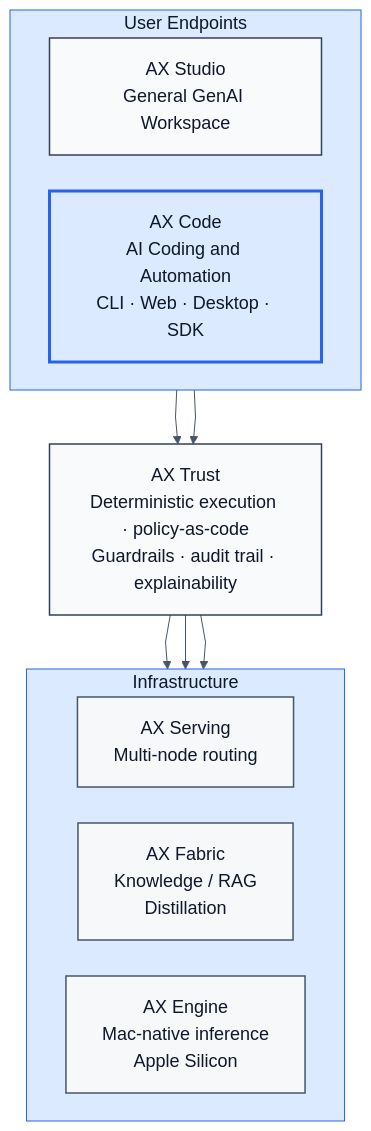
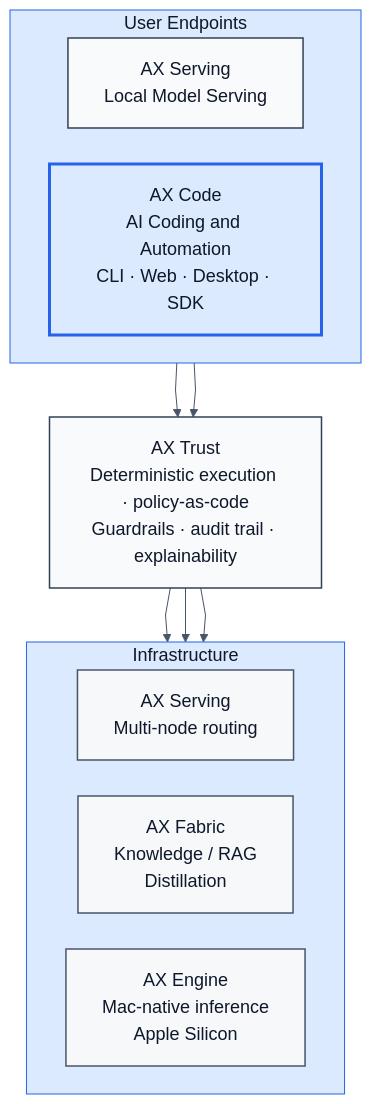
The diagram in docs/automatosx-stack.mmd (defai-digital/ax-code), drawn with Mermaid before and after one commit. The commit also changed 8 other files, not shown here.

```diff
--- a/docs/automatosx-stack.mmd
+++ b/docs/automatosx-stack.mmd
@@ -1,55 +1,55 @@
 %%{init: {
   "theme": "base",
   "themeVariables": {
     "background": "#ffffff",
     "primaryColor": "#f6f8fa",
     "primaryTextColor": "#0f172a",
     "primaryBorderColor": "#0f172a",
     "lineColor": "#475569",
     "secondaryColor": "#e2e8f0",
     "secondaryTextColor": "#0f172a",
     "secondaryBorderColor": "#334155",
     "tertiaryColor": "#dbeafe",
     "tertiaryTextColor": "#0f172a",
     "tertiaryBorderColor": "#2563eb",
     "fontFamily": "ui-sans-serif, -apple-system, BlinkMacSystemFont, Segoe UI, Helvetica, Arial, sans-serif",
     "fontSize": "18px"
   },
   "flowchart": {
     "curve": "linear",
     "htmlLabels": true,
     "nodeSpacing": 36,
     "rankSpacing": 54,
     "padding": 18
   }
 }}%%
 
 flowchart TB
   subgraph U["User Endpoints"]
     direction LR
-    S["AX Studio<br/>General GenAI Workspace"]
+    S["AX Serving<br/>Local Model Serving"]
     C["AX Code<br/>AI Coding and Automation<br/>CLI · Web · Desktop · SDK"]
   end
 
   T["AX Trust<br/>Deterministic execution · policy-as-code<br/>Guardrails · audit trail · explainability"]
 
   subgraph I["Infrastructure"]
     direction LR
     V["AX Serving<br/>Multi-node routing"]
     F["AX Fabric<br/>Knowledge / RAG<br/>Distillation"]
     E["AX Engine<br/>Mac-native inference<br/>Apple Silicon"]
   end
 
   S --> T
   C --> T
   T --> V
   T --> F
   T --> E
 
   classDef core fill:#dbeafe,stroke:#2563eb,stroke-width:3px,color:#0f172a
   classDef surface fill:#f8fafc,stroke:#334155,stroke-width:1.5px,color:#0f172a
   classDef infra fill:#f6f8fa,stroke:#475569,stroke-width:1.5px,color:#0f172a
 
   class C core
   class S,T surface
   class V,F,E infra
```
